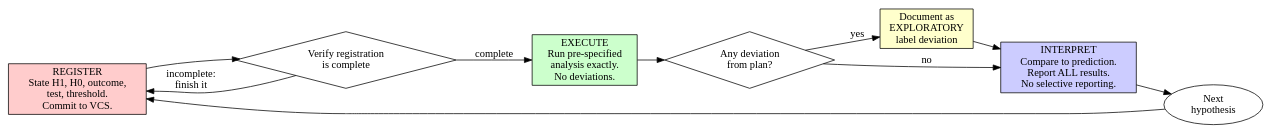
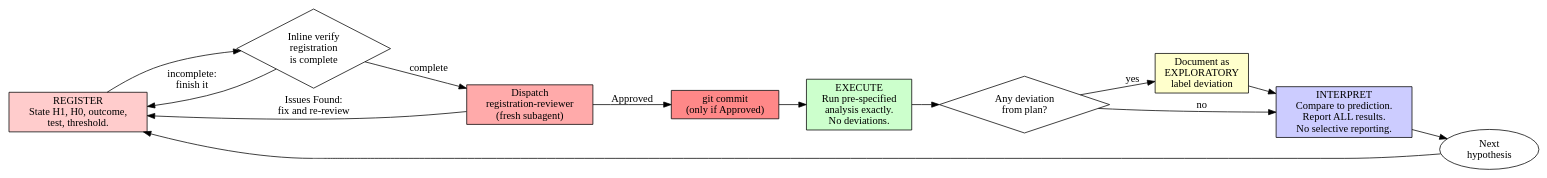
Before and after one commit to jeonnoin-alt/Eureka: the first of 2 diagrams in skills/hypothesis-first/SKILL.md, drawn with Graphviz. The commit also changed other lines of this file and 12 other files, not shown here.

````diff
--- a/skills/hypothesis-first/SKILL.md
+++ b/skills/hypothesis-first/SKILL.md
@@ -49,22 +49,27 @@
 ```dot
 digraph hypothesis_first_cycle {
     rankdir=LR;
-    register [label="REGISTER\nState H1, H0, outcome,\ntest, threshold.\nCommit to VCS.", shape=box, style=filled, fillcolor="#ffcccc"];
-    verify_register [label="Verify registration\nis complete", shape=diamond];
+    register [label="REGISTER\nState H1, H0, outcome,\ntest, threshold.", shape=box, style=filled, fillcolor="#ffcccc"];
+    verify_register [label="Inline verify\nregistration\nis complete", shape=diamond];
+    subagent_review [label="Dispatch\nregistration-reviewer\n(fresh subagent)", shape=box, style=filled, fillcolor="#ffaaaa"];
+    commit [label="git commit\n(only if Approved)", shape=box, style=filled, fillcolor="#ff8888"];
     execute [label="EXECUTE\nRun pre-specified\nanalysis exactly.\nNo deviations.", shape=box, style=filled, fillcolor="#ccffcc"];
     verify_execute [label="Any deviation\nfrom plan?", shape=diamond];
     document_deviation [label="Document as\nEXPLORATORY\nlabel deviation", shape=box, style=filled, fillcolor="#ffffcc"];
     interpret [label="INTERPRET\nCompare to prediction.\nReport ALL results.\nNo selective reporting.", shape=box, style=filled, fillcolor="#ccccff"];
     next [label="Next\nhypothesis", shape=ellipse];
 
     register -> verify_register;
-    verify_register -> execute [label="complete"];
+    verify_register -> subagent_review [label="complete"];
     verify_register -> register [label="incomplete:\nfinish it"];
+    subagent_review -> register [label="Issues Found:\nfix and re-review"];
+    subagent_review -> commit [label="Approved"];
+    commit -> execute;
     execute -> verify_execute;
     verify_execute -> document_deviation [label="yes"];
     verify_execute -> interpret [label="no"];
     document_deviation -> interpret;
     interpret -> next;
     next -> register;
 }
 ```
````
